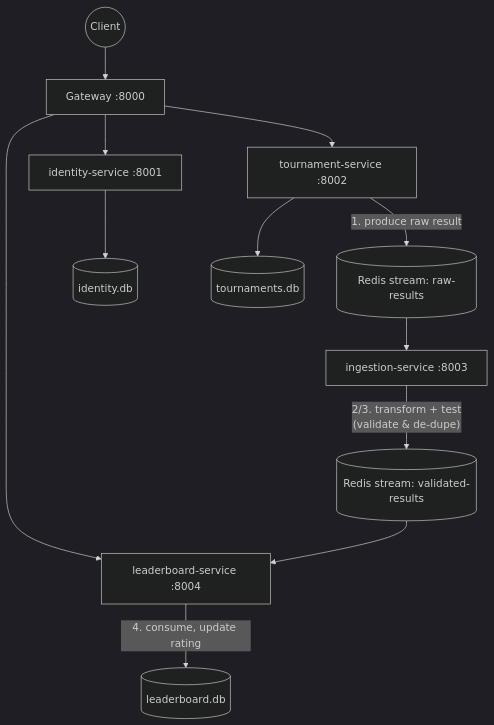
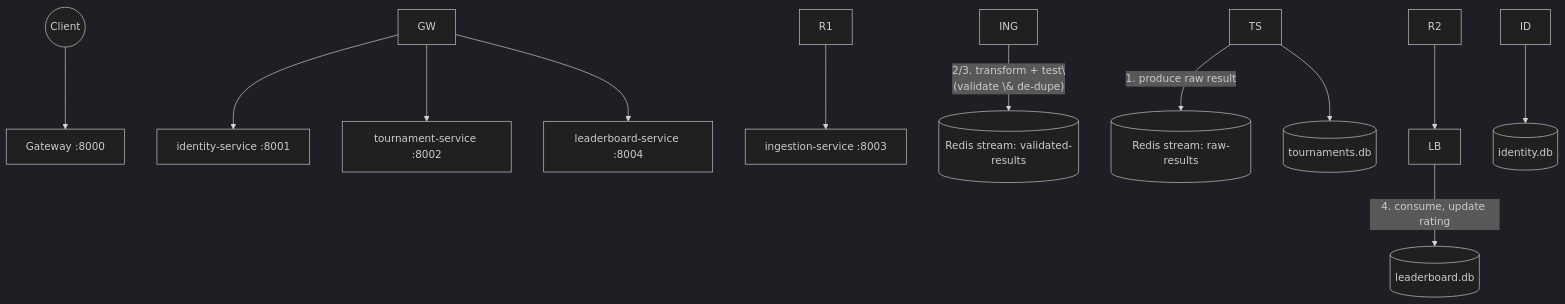
The second of 2 diagrams in docs/ARCHITECTURE.md (Shhh09git/ClashArena), drawn with Mermaid (dark theme) before and after one commit. The commit also changed other lines of this file, not shown here.

Commit message:
Fix truncated sentence in ARCHITECTURE.md section 4

````diff
--- a/docs/ARCHITECTURE.md
+++ b/docs/ARCHITECTURE.md
@@ -121,16 +124,16 @@
 ```mermaid
 flowchart TB
-    Client((Client)) --> GW[Gateway :8000]
-    GW --> ID[identity-service :8001]
-    GW --> TS[tournament-service :8002]
-    GW --> LB[leaderboard-service :8004]
+    Client((Client)) --> GW\[Gateway :8000]
+    GW --> ID\[identity-service :8001]
+    GW --> TS\[tournament-service :8002]
+    GW --> LB\[leaderboard-service :8004]
 
-    TS -- "1. produce raw result" --> R1[(Redis stream: raw-results)]
-    R1 --> ING[ingestion-service :8003]
-    ING -- "2/3. transform + test\n(validate & de-dupe)" --> R2[(Redis stream: validated-results)]
+    TS -- "1. produce raw result" --> R1\[(Redis stream: raw-results)]
+    R1 --> ING\[ingestion-service :8003]
+    ING -- "2/3. transform + test\\n(validate \& de-dupe)" --> R2\[(Redis stream: validated-results)]
     R2 --> LB
-    LB -- "4. consume, update rating" --> LBDB[(leaderboard.db)]
+    LB -- "4. consume, update rating" --> LBDB\[(leaderboard.db)]
 
-    ID --> IDDB[(identity.db)]
-    TS --> TSDB[(tournaments.db)]
+    ID --> IDDB\[(identity.db)]
+    TS --> TSDB\[(tournaments.db)]
 ```
````
